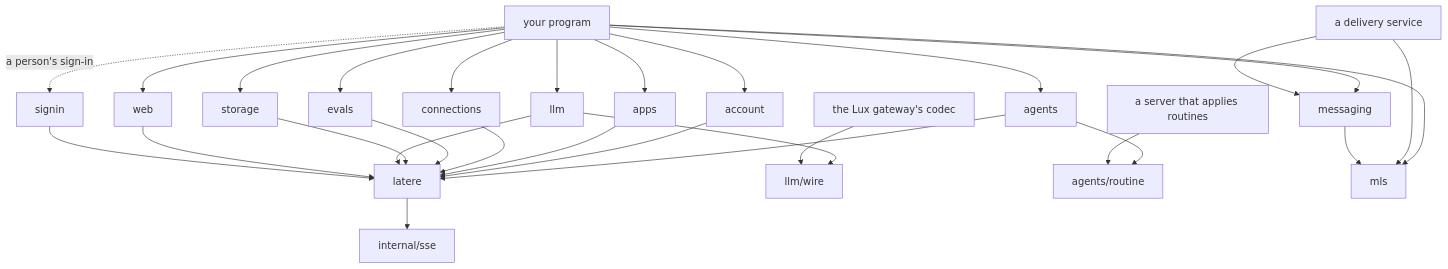
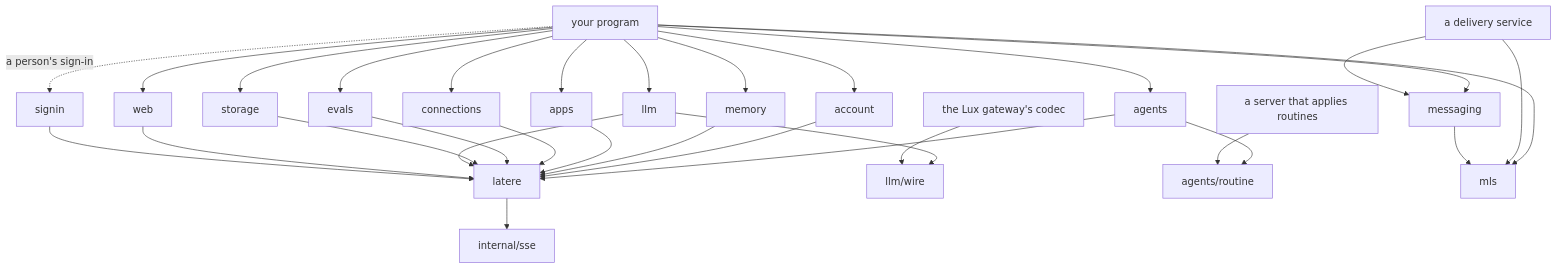
The diagram in docs/design.md (latere-ai/sdk-go), drawn with Mermaid before and after one commit. The commit also changed other lines of this file and 14 other files, not shown here.

Commit message:
memory: a package for what Latere remembers about a person, held to the account document

````diff
--- a/docs/design.md
+++ b/docs/design.md
@@ -23,31 +23,33 @@
 ```mermaid
 flowchart TD
     agents --> latere
     account --> latere
+    memory --> latere
     apps --> latere
     connections --> latere
     evals --> latere
     storage --> latere
     llm --> latere
     llm --> wire[llm/wire]
     agents --> routine[agents/routine]
     web --> latere
     signin --> latere
     latere --> sse[internal/sse]
     app[your program] --> agents
     app --> account
+    app --> memory
     app --> apps
     app --> connections
     app --> evals
     app --> storage
     app --> llm
     app --> web
     app -. a person's sign-in .-> signin
     gateway[the Lux gateway's codec] --> wire
     server[a server that applies routines] --> routine
     app --> mls
     ds[a delivery service] --> mls
     app --> messaging
     ds --> messaging
     messaging --> mls
 ```
````
